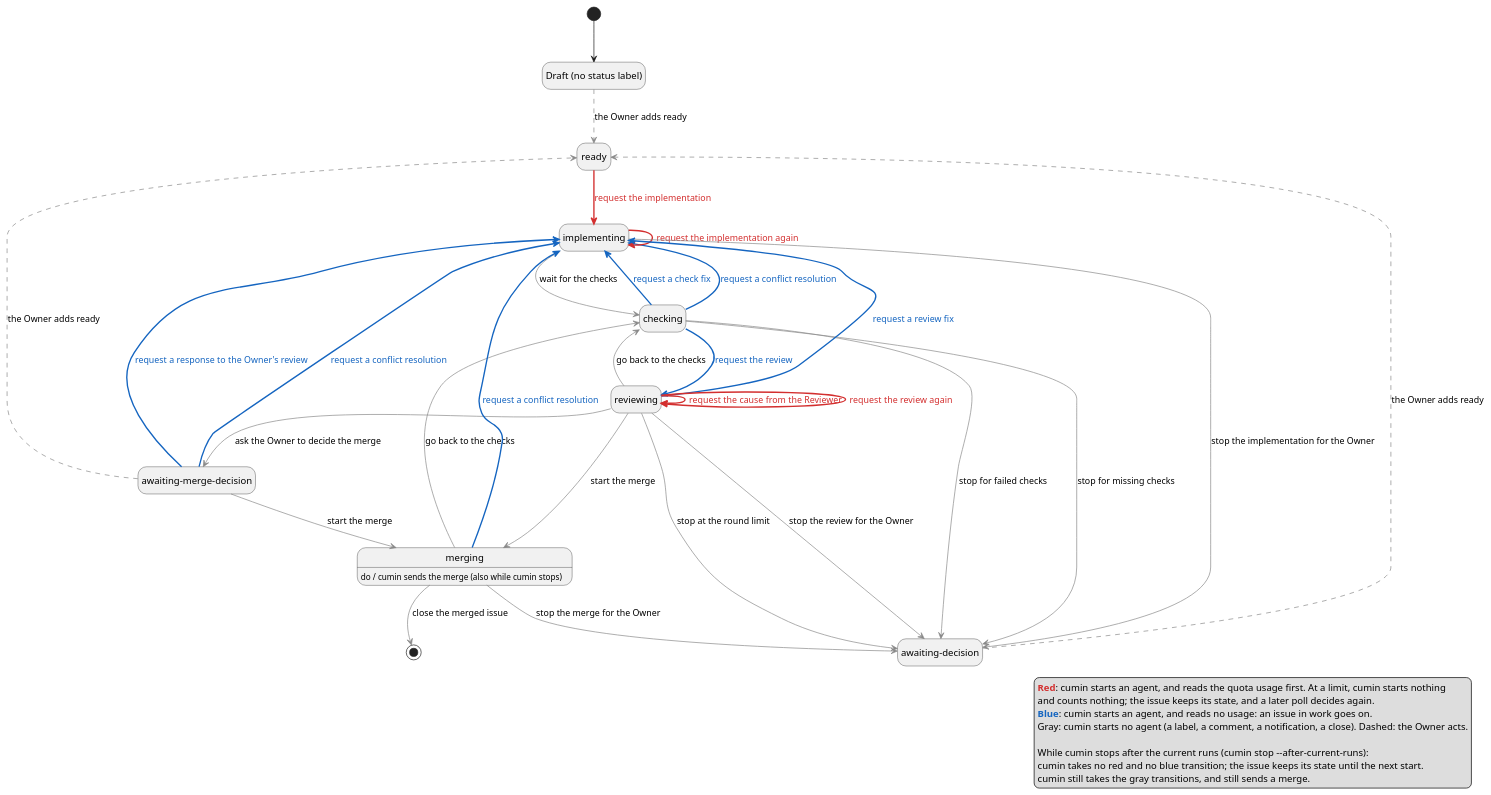
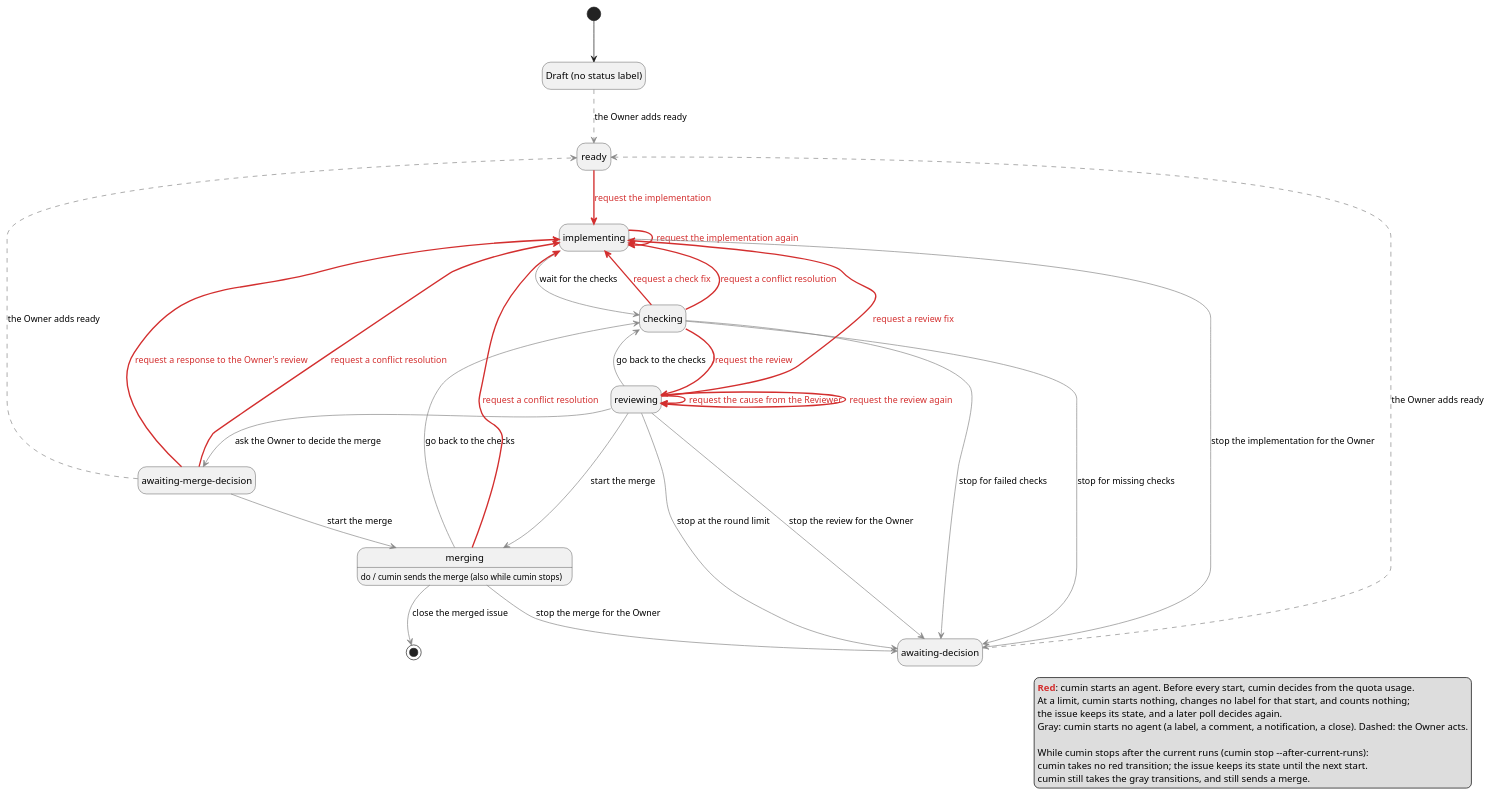
The diagram in docs/ja/requirements/workflow/implementation-issue-agent-starts.puml (cloveclovedev/cumin-works), drawn with PlantUML before and after one commit. The commit also changed 9 other files, not shown here.

First line of the commit message:
docs(requirements): read the quota before every start of an agent (#561)

```diff
--- a/docs/ja/requirements/workflow/implementation-issue-agent-starts.puml
+++ b/docs/ja/requirements/workflow/implementation-issue-agent-starts.puml
@@ -1,59 +1,59 @@
 @startuml implementation-issue-agent-starts
 ' cumin works - states of an implementation issue: which transitions start an agent,
-' which of them read the quota usage first, and what cumin does while it stops after the current runs.
+' they all read the quota usage first, and none is taken while cumin stops after the current runs.
 ' The states and the transitions are the ones of implementation-issue-states.puml; only the names are shown.
 ' Render: run scripts/render-diagrams.sh at the root of the repository.
 
 hide empty description
 
 state "Draft (no status label)" as Draft
 state "ready" as Ready
 state "implementing" as Implementing
 state "checking" as Checks
 state "reviewing" as Reviewing
 state "awaiting-merge-decision" as OwnerReview
 state "merging" as Merging
 Merging : do / cumin sends the merge (also while cumin stops)
 state "awaiting-decision" as Decision
 
 [*] --> Draft
 Draft -[#888888,dashed]-> Ready : the Owner adds ready
 Ready -[#D32F2F,bold]-> Implementing : <color:#D32F2F>request the implementation</color>
 Implementing -[#888888]-> Checks : wait for the checks
 Implementing -[#D32F2F,bold]-> Implementing : <color:#D32F2F>request the implementation again</color>
 Implementing -[#888888]-> Decision : stop the implementation for the Owner
-Checks -[#1565C0,bold]-> Reviewing : <color:#1565C0>request the review</color>
-Checks -[#1565C0,bold]-> Implementing : <color:#1565C0>request a check fix</color>
+Checks -[#D32F2F,bold]-> Reviewing : <color:#D32F2F>request the review</color>
+Checks -[#D32F2F,bold]-> Implementing : <color:#D32F2F>request a check fix</color>
 Checks -[#888888]-> Decision : stop for failed checks
-Checks -[#1565C0,bold]-> Implementing : <color:#1565C0>request a conflict resolution</color>
+Checks -[#D32F2F,bold]-> Implementing : <color:#D32F2F>request a conflict resolution</color>
 Checks -[#888888]-> Decision : stop for missing checks
-Reviewing -[#1565C0,bold]-> Implementing : <color:#1565C0>request a review fix</color>
+Reviewing -[#D32F2F,bold]-> Implementing : <color:#D32F2F>request a review fix</color>
 Reviewing -[#888888]-> Merging : start the merge
 Reviewing -[#888888]-> OwnerReview : ask the Owner to decide the merge
 Reviewing -[#D32F2F,bold]-> Reviewing : <color:#D32F2F>request the cause from the Reviewer</color>
 Reviewing -[#888888]-> Decision : stop at the round limit
 Reviewing -[#888888]-> Decision : stop the review for the Owner
 Reviewing -[#888888]-> Checks : go back to the checks
 Reviewing -[#D32F2F,bold]-> Reviewing : <color:#D32F2F>request the review again</color>
 OwnerReview -[#888888]-> Merging : start the merge
-OwnerReview -[#1565C0,bold]-> Implementing : <color:#1565C0>request a response to the Owner's review</color>
-OwnerReview -[#1565C0,bold]-> Implementing : <color:#1565C0>request a conflict resolution</color>
+OwnerReview -[#D32F2F,bold]-> Implementing : <color:#D32F2F>request a response to the Owner's review</color>
+OwnerReview -[#D32F2F,bold]-> Implementing : <color:#D32F2F>request a conflict resolution</color>
 OwnerReview -[#888888,dashed]-> Ready : the Owner adds ready
 Merging -[#888888]-> [*] : close the merged issue
 Merging -[#888888]-> Checks : go back to the checks
-Merging -[#1565C0,bold]-> Implementing : <color:#1565C0>request a conflict resolution</color>
+Merging -[#D32F2F,bold]-> Implementing : <color:#D32F2F>request a conflict resolution</color>
 Merging -[#888888]-> Decision : stop the merge for the Owner
 Decision -[#888888,dashed]-> Ready : the Owner adds ready
 
 legend right
-  <color:#D32F2F>**Red**</color>: cumin starts an agent, and reads the quota usage first. At a limit, cumin starts nothing
-  and counts nothing; the issue keeps its state, and a later poll decides again.
-  <color:#1565C0>**Blue**</color>: cumin starts an agent, and reads no usage: an issue in work goes on.
+  <color:#D32F2F>**Red**</color>: cumin starts an agent. Before every start, cumin decides from the quota usage.
+  At a limit, cumin starts nothing, changes no label for that start, and counts nothing;
+  the issue keeps its state, and a later poll decides again.
   Gray: cumin starts no agent (a label, a comment, a notification, a close). Dashed: the Owner acts.
 
   While cumin stops after the current runs (cumin stop --after-current-runs):
-  cumin takes no red and no blue transition; the issue keeps its state until the next start.
+  cumin takes no red transition; the issue keeps its state until the next start.
   cumin still takes the gray transitions, and still sends a merge.
 endlegend
 
 @enduml
```
